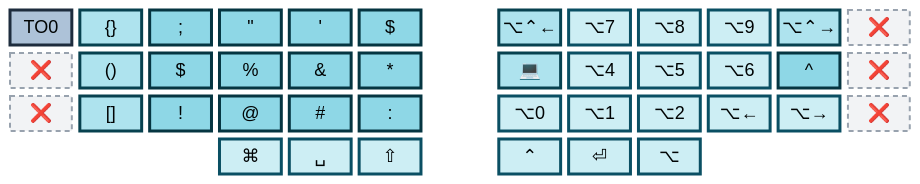
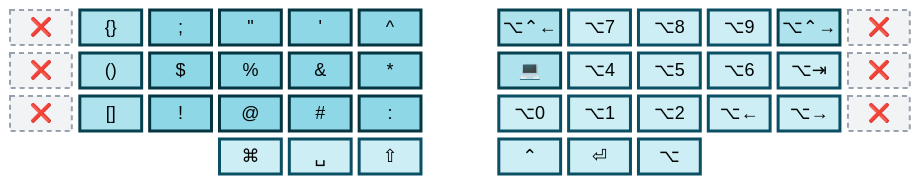
One commit to abloch/zmk-corne changed the second of 6 diagrams in README.md. Above: the diagram before and after it, drawn with Mermaid. The commit also changed other lines of this file and 5 other files, not shown here.

````diff
--- a/README.md
+++ b/README.md
@@ -97,23 +97,21 @@
 ```mermaid
 %%{init: {'theme':'base','themeVariables':{'primaryColor':'#e6f6f9','primaryTextColor':'#04222b','primaryBorderColor':'#0a4f63','nodeTextColor':'#04222b','textColor':'#04222b','mainBkg':'#e6f6f9','fontSize':'18px'}}}%%
 block
 columns 13
 
-  to0["TO0"] cur[" {}"] semi[";"] dqt["#quot;"] sqt["'"] dol["$"] space wl["⌥⌃←"] a7["⌥7"] a8["⌥8"] a9["⌥9"] wr["⌥⌃→"] x1["❌"]
-  xe2["❌"] par[" ()"] dl2["$"] pct["%"] amp[" &"] ast["*"] space trm["💻"] a4["⌥4"] a5["⌥5"] a6["⌥6"] car["^"] x2["❌"]
+  xs1["❌"] cur[" {}"] semi[";"] dqt["#quot;"] sqt["'"] dol["^"] space wl["⌥⌃←"] a7["⌥7"] a8["⌥8"] a9["⌥9"] wr["⌥⌃→"] x1["❌"]
+  xe2["❌"] par[" ()"] dl2["$"] pct["%"] amp[" &"] ast["*"] space trm["💻"] a4["⌥4"] a5["⌥5"] a6["⌥6"] car["⌥⇥"] x2["❌"]
   xq["❌"] sqb[" []"] exc["!"] at["@"] hsh[" #"] col[":"] space a0["⌥0"] a1["⌥1"] a2["⌥2"] al["⌥←"] ar["⌥→"] x3["❌"]
   space:3 cmd["⌘"] spc["␣"] sft["⇧"] space ctl["⌃"] ent["⏎"] alt["⌥"] space:3
 
   classDef plain fill:#e6f6f9,stroke:#0a4f63,stroke-width:2px,color:#04222b
   classDef mod fill:#cdeef4,stroke:#0a4f63,stroke-width:3px,color:#04222b
   classDef seq fill:#aee3ee,stroke:#07414f,stroke-width:3px,color:#03191f
   classDef spec fill:#8ed7e6,stroke:#053541,stroke-width:3px,color:#02141a
-  classDef goL0 fill:#adc2d8,stroke:#1d2c3d,stroke-width:3px,color:#060c12
   classDef dead fill:#f2f3f5,stroke:#98a2ae,stroke-width:2px,stroke-dasharray:5 4,color:#5b6673
 
-  class a0,a1,a2,a4,a5,a6,a7,a8,a9,al,ar,cmd,spc,sft,ctl,ent,alt mod
+  class a0,a1,a2,a4,a5,a6,a7,a8,a9,al,ar,car,cmd,spc,sft,ctl,ent,alt mod
   class cur,par,sqb,wl,wr,trm seq
-  class semi,dqt,sqt,dol,dl2,pct,amp,ast,exc,at,hsh,col,car spec
-  class to0 goL0
-  class xe2,xq,x1,x2,x3 dead
+  class semi,dqt,sqt,dol,dl2,pct,amp,ast,exc,at,hsh,col spec
+  class xs1,xe2,xq,x1,x2,x3 dead
 ```
````
